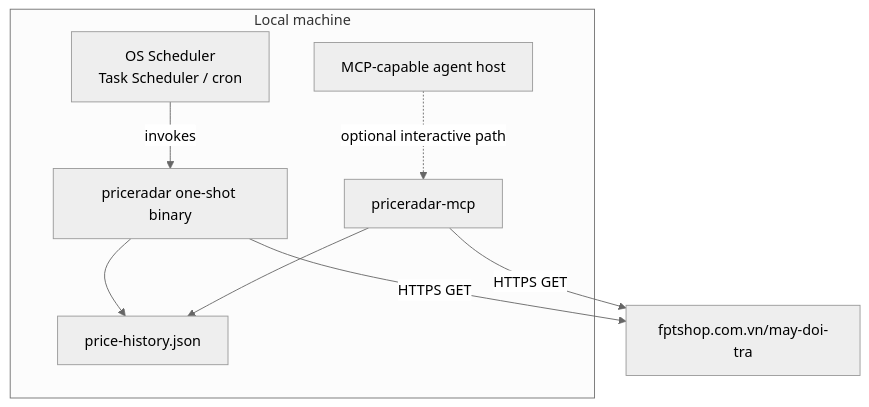
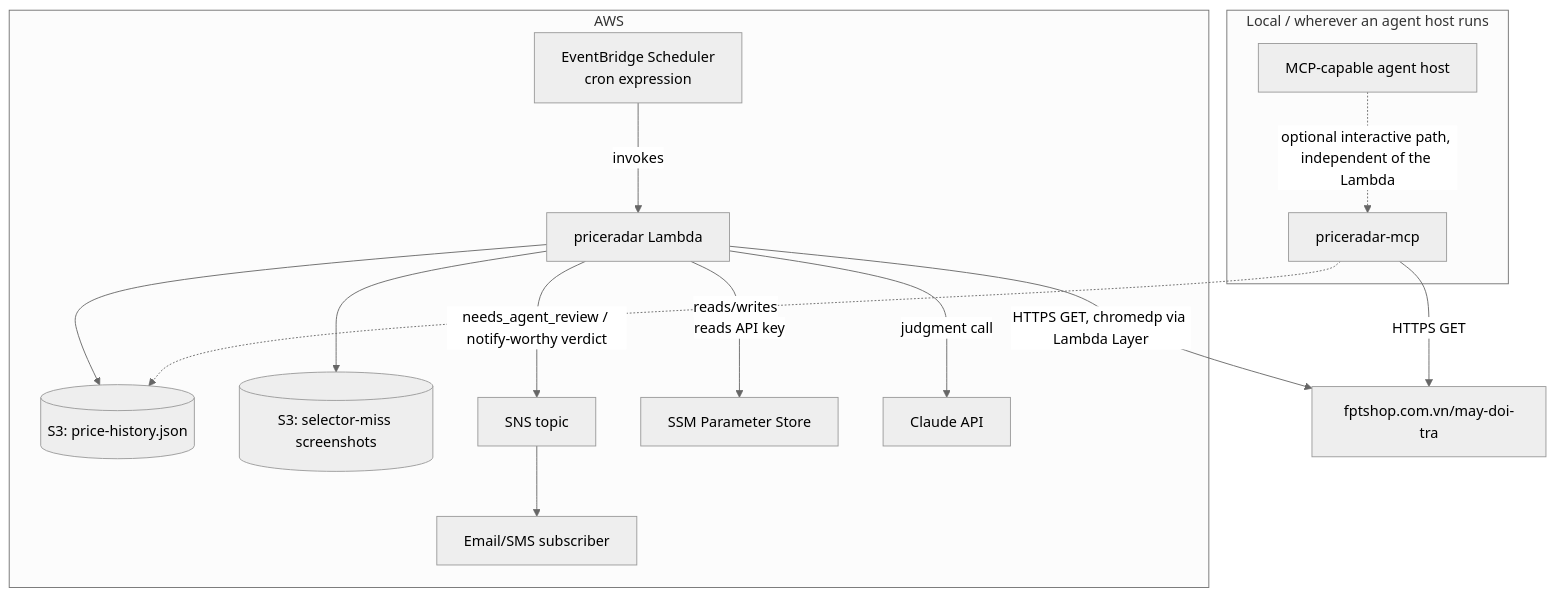
One commit to johncegom/price-radar changed the diagram in docs/03-system-architecture.md. Above: the diagram before and after it, drawn with Mermaid (neutral theme). The commit also changed other lines of this file and 6 other files, not shown here.

First line of the commit message:
docs: move scheduling/storage/judgment to AWS Lambda architecture

````diff
--- a/docs/03-system-architecture.md
+++ b/docs/03-system-architecture.md
@@ -101,11 +124,18 @@
 ```mermaid
 flowchart TB
-    subgraph Local machine
-        T[OS Scheduler\nTask Scheduler / cron] -->|invokes| CLI[priceradar one-shot binary]
-        CLI --> HF[price-history.json]
-        Host[MCP-capable agent host] -.optional interactive path.-> MCP[priceradar-mcp]
-        MCP --> HF
+    subgraph AWS
+        SCH[EventBridge Scheduler\ncron expression] -->|invokes| L[priceradar Lambda]
+        L --> S3H[(S3: price-history.json)]
+        L --> S3S[(S3: selector-miss screenshots)]
+        L -->|needs_agent_review / notify-worthy verdict| SNS[SNS topic]
+        SNS --> EM[Email/SMS subscriber]
+        L -->|reads API key| SSM[SSM Parameter Store]
+        L -->|judgment call| Claude[Claude API]
     end
-    CLI -->|HTTPS GET| Site[fptshop.com.vn/may-doi-tra]
+    L -->|HTTPS GET, chromedp via Lambda Layer| Site[fptshop.com.vn/may-doi-tra]
+    subgraph Local / wherever an agent host runs
+        Host[MCP-capable agent host] -.optional interactive path, independent of the Lambda.-> MCP[priceradar-mcp]
+    end
+    MCP -.reads/writes.-> S3H
     MCP -->|HTTPS GET| Site
 ```
````
